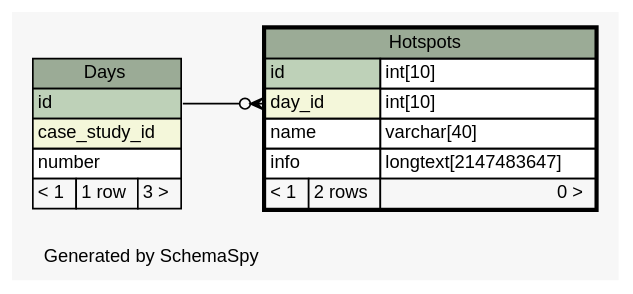
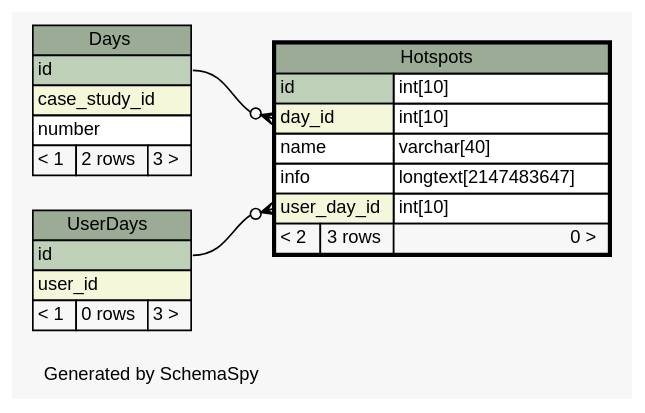
Before and after one commit to carrel2/CaseStudies: the diagram in web/files/schema/diagrams/Hotspots.1degree.dot, drawn with Graphviz. The commit also changed 88 other files, not shown here.

Commit message:
Add table to store user input, for use to compare with original case and review after completion

```diff
--- a/web/files/schema/diagrams/Hotspots.1degree.dot
+++ b/web/files/schema/diagrams/Hotspots.1degree.dot
@@ -1,48 +1,61 @@
-// dot 2.38.0 on Linux 4.4.0-62-generic
+// dot 2.38.0 on Linux 4.4.0-64-generic
 // SchemaSpy rev 590
 digraph "oneDegreeRelationshipsDiagram" {
   graph [
     rankdir="RL"
     bgcolor="#f7f7f7"
     label="\nGenerated by SchemaSpy"
     labeljust="l"
     nodesep="0.18"
     ranksep="0.46"
     fontname="Helvetica"
     fontsize="11"
   ];
   node [
     fontname="Helvetica"
     fontsize="11"
     shape="plaintext"
   ];
   edge [
     arrowsize="0.8"
   ];
   "Hotspots":"day_id":w -> "Days":"id":e [arrowhead=none dir=back arrowtail=crowodot];
+  "Hotspots":"user_day_id":w -> "UserDays":"id":e [arrowhead=none dir=back arrowtail=crowodot];
   "Days" [
     label=<
     <TABLE BORDER="0" CELLBORDER="1" CELLSPACING="0" BGCOLOR="#ffffff">
       <TR><TD COLSPAN="3" BGCOLOR="#9bab96" ALIGN="CENTER">Days</TD></TR>
       <TR><TD PORT="id" COLSPAN="3" BGCOLOR="#bed1b8" ALIGN="LEFT">id</TD></TR>
       <TR><TD PORT="case_study_id" COLSPAN="3" BGCOLOR="#f4f7da" ALIGN="LEFT">case_study_id</TD></TR>
       <TR><TD PORT="number" COLSPAN="3" ALIGN="LEFT">number</TD></TR>
-      <TR><TD ALIGN="LEFT" BGCOLOR="#f7f7f7">&lt; 1</TD><TD ALIGN="RIGHT" BGCOLOR="#f7f7f7">1 row</TD><TD ALIGN="RIGHT" BGCOLOR="#f7f7f7">3 &gt;</TD></TR>
+      <TR><TD ALIGN="LEFT" BGCOLOR="#f7f7f7">&lt; 1</TD><TD ALIGN="RIGHT" BGCOLOR="#f7f7f7">2 rows</TD><TD ALIGN="RIGHT" BGCOLOR="#f7f7f7">3 &gt;</TD></TR>
     </TABLE>>
     URL="Days.html"
     tooltip="Days"
   ];
   "Hotspots" [
     label=<
     <TABLE BORDER="2" CELLBORDER="1" CELLSPACING="0" BGCOLOR="#ffffff">
       <TR><TD COLSPAN="3" BGCOLOR="#9bab96" ALIGN="CENTER">Hotspots</TD></TR>
       <TR><TD PORT="id" COLSPAN="2" BGCOLOR="#bed1b8" ALIGN="LEFT">id</TD><TD PORT="id.type" ALIGN="LEFT">int[10]</TD></TR>
       <TR><TD PORT="day_id" COLSPAN="2" BGCOLOR="#f4f7da" ALIGN="LEFT">day_id</TD><TD PORT="day_id.type" ALIGN="LEFT">int[10]</TD></TR>
       <TR><TD PORT="name" COLSPAN="2" ALIGN="LEFT">name</TD><TD PORT="name.type" ALIGN="LEFT">varchar[40]</TD></TR>
       <TR><TD PORT="info" COLSPAN="2" ALIGN="LEFT">info</TD><TD PORT="info.type" ALIGN="LEFT">longtext[2147483647]</TD></TR>
-      <TR><TD ALIGN="LEFT" BGCOLOR="#f7f7f7">&lt; 1</TD><TD ALIGN="RIGHT" BGCOLOR="#f7f7f7">2 rows</TD><TD ALIGN="RIGHT" BGCOLOR="#f7f7f7">0 &gt;</TD></TR>
+      <TR><TD PORT="user_day_id" COLSPAN="2" BGCOLOR="#f4f7da" ALIGN="LEFT">user_day_id</TD><TD PORT="user_day_id.type" ALIGN="LEFT">int[10]</TD></TR>
+      <TR><TD ALIGN="LEFT" BGCOLOR="#f7f7f7">&lt; 2</TD><TD ALIGN="RIGHT" BGCOLOR="#f7f7f7">3 rows</TD><TD ALIGN="RIGHT" BGCOLOR="#f7f7f7">0 &gt;</TD></TR>
     </TABLE>>
     URL="Hotspots.html"
     tooltip="Hotspots"
   ];
+  "UserDays" [
+    label=<
+    <TABLE BORDER="0" CELLBORDER="1" CELLSPACING="0" BGCOLOR="#ffffff">
+      <TR><TD COLSPAN="3" BGCOLOR="#9bab96" ALIGN="CENTER">UserDays</TD></TR>
+      <TR><TD PORT="id" COLSPAN="3" BGCOLOR="#bed1b8" ALIGN="LEFT">id</TD></TR>
+      <TR><TD PORT="user_id" COLSPAN="3" BGCOLOR="#f4f7da" ALIGN="LEFT">user_id</TD></TR>
+      <TR><TD ALIGN="LEFT" BGCOLOR="#f7f7f7">&lt; 1</TD><TD ALIGN="RIGHT" BGCOLOR="#f7f7f7">0 rows</TD><TD ALIGN="RIGHT" BGCOLOR="#f7f7f7">3 &gt;</TD></TR>
+    </TABLE>>
+    URL="UserDays.html"
+    tooltip="UserDays"
+  ];
 }
```
